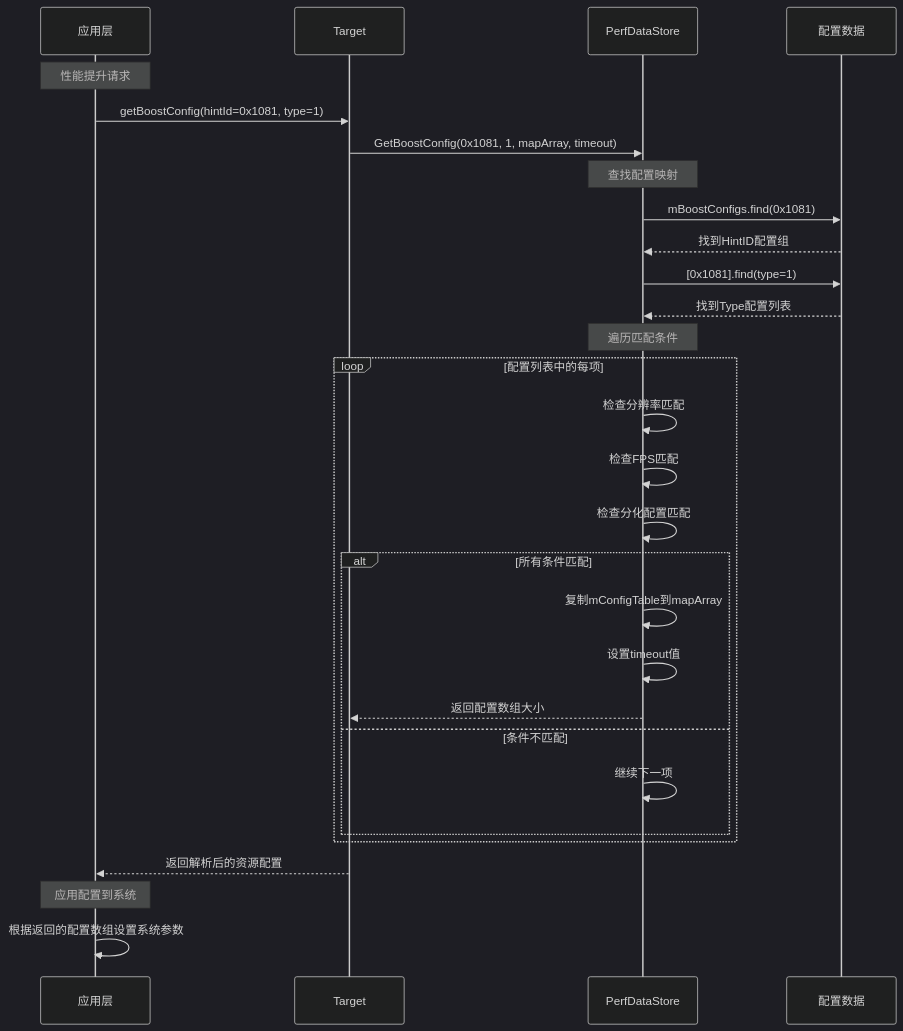
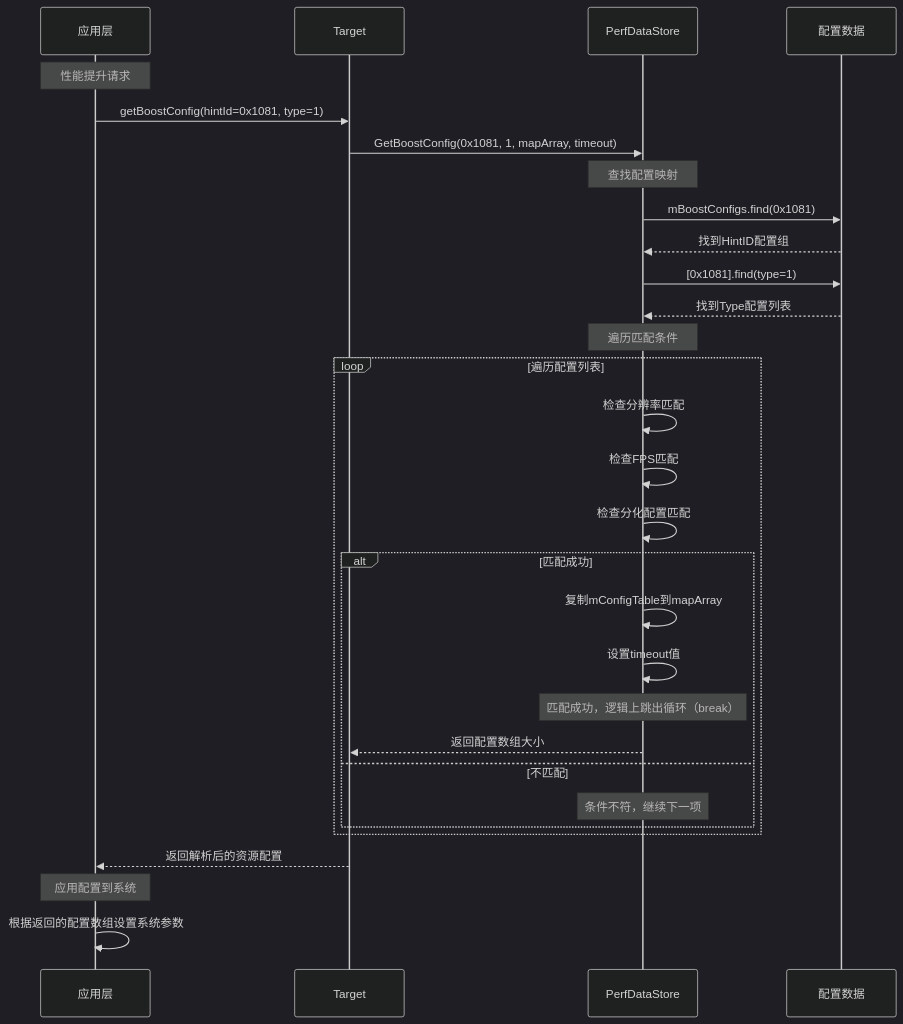
One commit to windsage/typora changed diagram 11 of 17 in qcom/mp-CTL源码分析.md. Above: the diagram before and after it, drawn with Mermaid (dark theme). The commit also changed 5 other files, not shown here.

````diff
--- a/qcom/mp-CTL源码分析.md
+++ b/qcom/mp-CTL源码分析.md
@@ -586,37 +586,40 @@
 ```mermaid
 sequenceDiagram
-    participant App as 应用层
-    participant Target as Target
-    participant Store as PerfDataStore
-    participant Config as 配置数据
-    
-    Note over App: 性能提升请求
-    App->>Target: getBoostConfig(hintId=0x1081, type=1)
-    Target->>Store: GetBoostConfig(0x1081, 1, mapArray, timeout)
-    
-    Note over Store: 查找配置映射
-    Store->>Config: mBoostConfigs.find(0x1081)
-    Config-->>Store: 找到HintID配置组
-    Store->>Config: [0x1081].find(type=1)
-    Config-->>Store: 找到Type配置列表
-    
-    Note over Store: 遍历匹配条件
-    loop 配置列表中的每项
-        Store->>Store: 检查分辨率匹配
-        Store->>Store: 检查FPS匹配
-        Store->>Store: 检查分化配置匹配
-        
-        alt 所有条件匹配
-            Store->>Store: 复制mConfigTable到mapArray
-            Store->>Store: 设置timeout值
-            Store-->>Target: 返回配置数组大小
-        else 条件不匹配
-            Store->>Store: 继续下一项
-        end
+participant App as 应用层
+participant Target as Target
+participant Store as PerfDataStore
+participant Config as 配置数据
+
+Note over App: 性能提升请求
+App->>Target: getBoostConfig(hintId=0x1081, type=1)
+Target->>Store: GetBoostConfig(0x1081, 1, mapArray, timeout)
+
+Note over Store: 查找配置映射
+Store->>Config: mBoostConfigs.find(0x1081)
+Config-->>Store: 找到HintID配置组
+Store->>Config: [0x1081].find(type=1)
+Config-->>Store: 找到Type配置列表
+
+Note over Store: 遍历匹配条件
+loop 遍历配置列表
+    Store->>Store: 检查分辨率匹配
+    Store->>Store: 检查FPS匹配
+    Store->>Store: 检查分化配置匹配
+
+    alt 匹配成功
+        Store->>Store: 复制mConfigTable到mapArray
+        Store->>Store: 设置timeout值
+        Note over Store: 匹配成功，逻辑上跳出循环（break）
+        Store-->>Target: 返回配置数组大小
+        %% 注释说明：此处逻辑已跳出循环，不再处理其他配置
+    else 不匹配
+        Note over Store: 条件不符，继续下一项
     end
-    
-    Target-->>App: 返回解析后的资源配置
-    
-    Note over App: 应用配置到系统
-    App->>App: 根据返回的配置数组设置系统参数
+end
+
+Target-->>App: 返回解析后的资源配置
+
+Note over App: 应用配置到系统
+App->>App: 根据返回的配置数组设置系统参数
+
 ```
````
